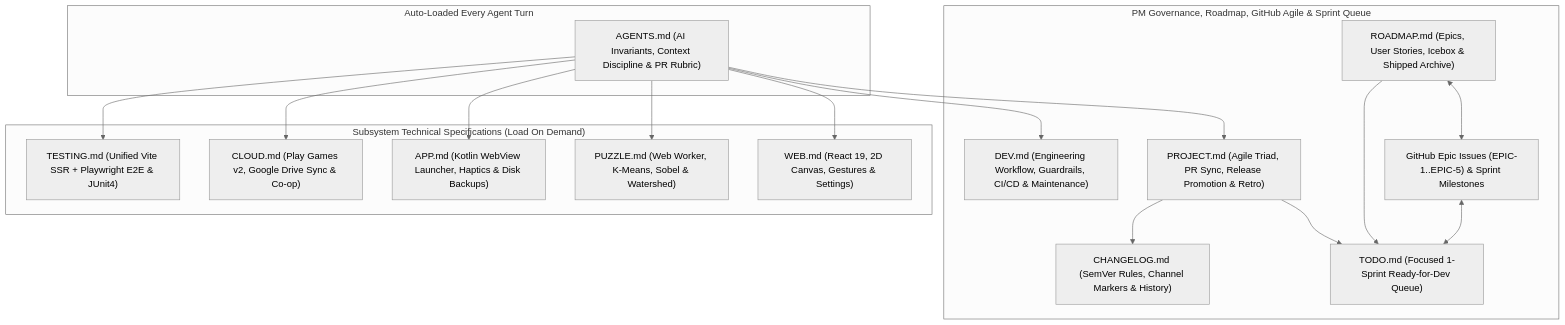
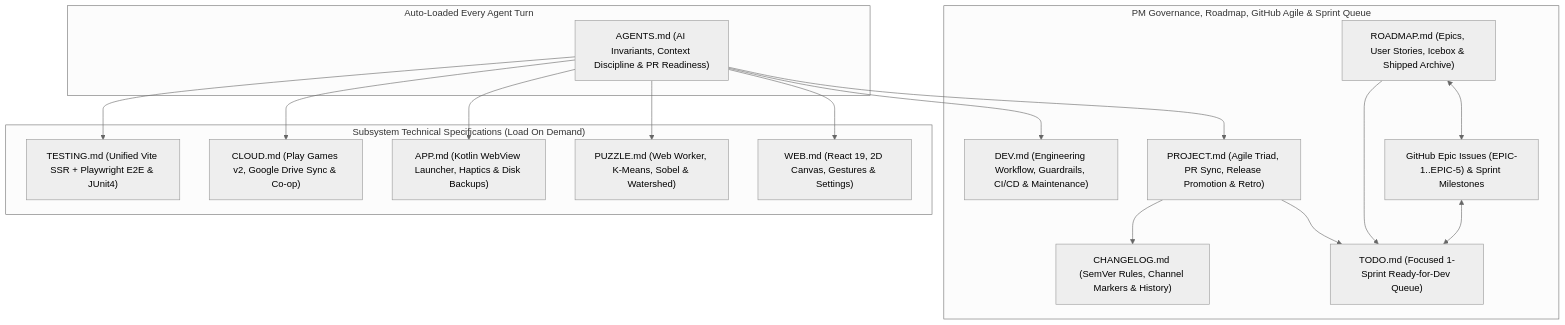
The diagram in DEV.md (shthed/capy), drawn with Mermaid (neutral theme) before and after one commit. The commit also changed other lines of this file and 3 other files, not shown here.

````diff
--- a/DEV.md
+++ b/DEV.md
@@ -28,36 +28,36 @@
 ```mermaid
 flowchart TD
     subgraph AutoLoaded["Auto-Loaded Every Agent Turn"]
-        AGENTS["AGENTS.md (AI Invariants, Context Discipline & PR Rubric)"]
+        AGENTS["AGENTS.md (AI Invariants, Context Discipline & PR Readiness)"]
     end
 
     subgraph GovernanceAndPlanning["PM Governance, Roadmap, GitHub Agile & Sprint Queue"]
         PROJECT["PROJECT.md (Agile Triad, PR Sync, Release Promotion & Retro)"]
         DEV["DEV.md (Engineering Workflow, Guardrails, CI/CD & Maintenance)"]
         ROADMAP["ROADMAP.md (Epics, User Stories, Icebox & Shipped Archive)"]
         GH_AGILE["GitHub Epic Issues (EPIC-1..EPIC-5) & Sprint Milestones"]
         TODO["TODO.md (Focused 1-Sprint Ready-for-Dev Queue)"]
         CHANGELOG["CHANGELOG.md (SemVer Rules, Channel Markers & History)"]
     end
 
     subgraph SubsystemSpecs["Subsystem Technical Specifications (Load On Demand)"]
         WEB["WEB.md (React 19, 2D Canvas, Gestures & Settings)"]
         PUZZLE["PUZZLE.md (Web Worker, K-Means, Sobel & Watershed)"]
         APP["APP.md (Kotlin WebView Launcher, Haptics & Disk Backups)"]
         CLOUD["CLOUD.md (Play Games v2, Google Drive Sync & Co-op)"]
         TESTING["TESTING.md (Unified Vite SSR + Playwright E2E & JUnit4)"]
     end
 
     AGENTS --> PROJECT
     AGENTS --> DEV
     ROADMAP <--> GH_AGILE
     ROADMAP --> TODO
     GH_AGILE <--> TODO
     PROJECT --> TODO
     PROJECT --> CHANGELOG
     AGENTS --> WEB
     AGENTS --> PUZZLE
     AGENTS --> APP
     AGENTS --> CLOUD
     AGENTS --> TESTING
 ```
````
